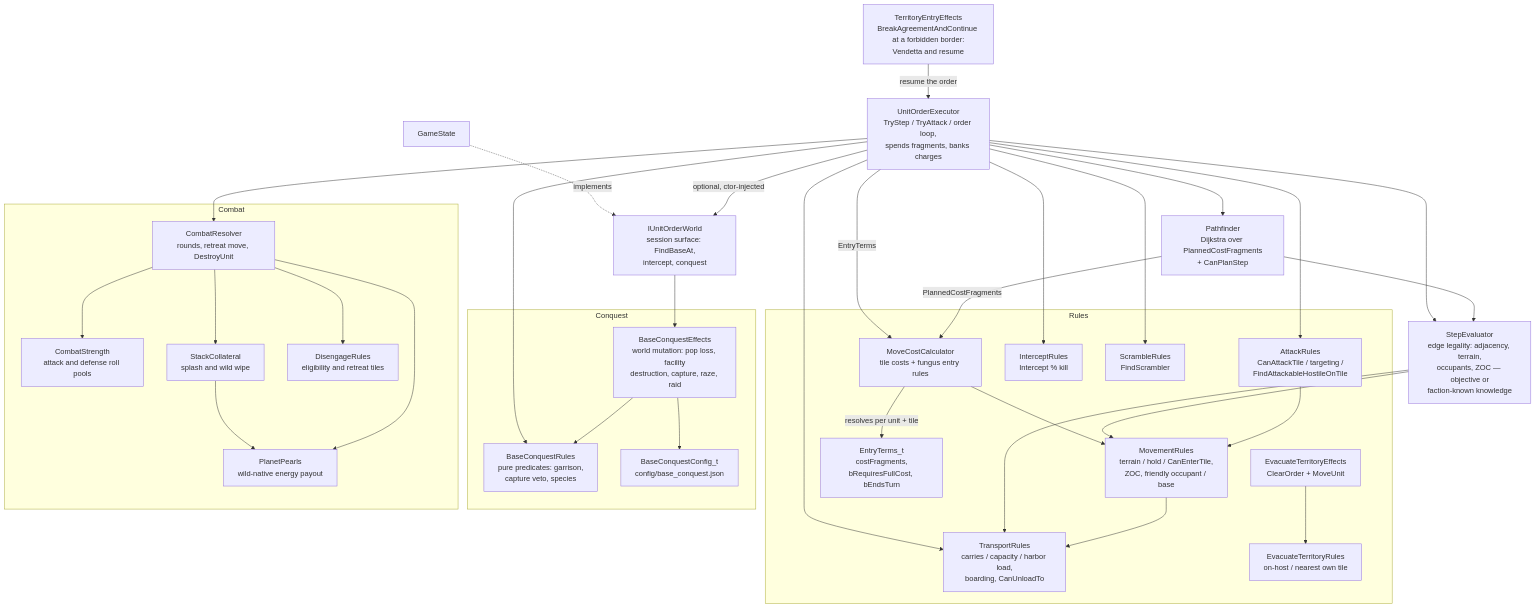
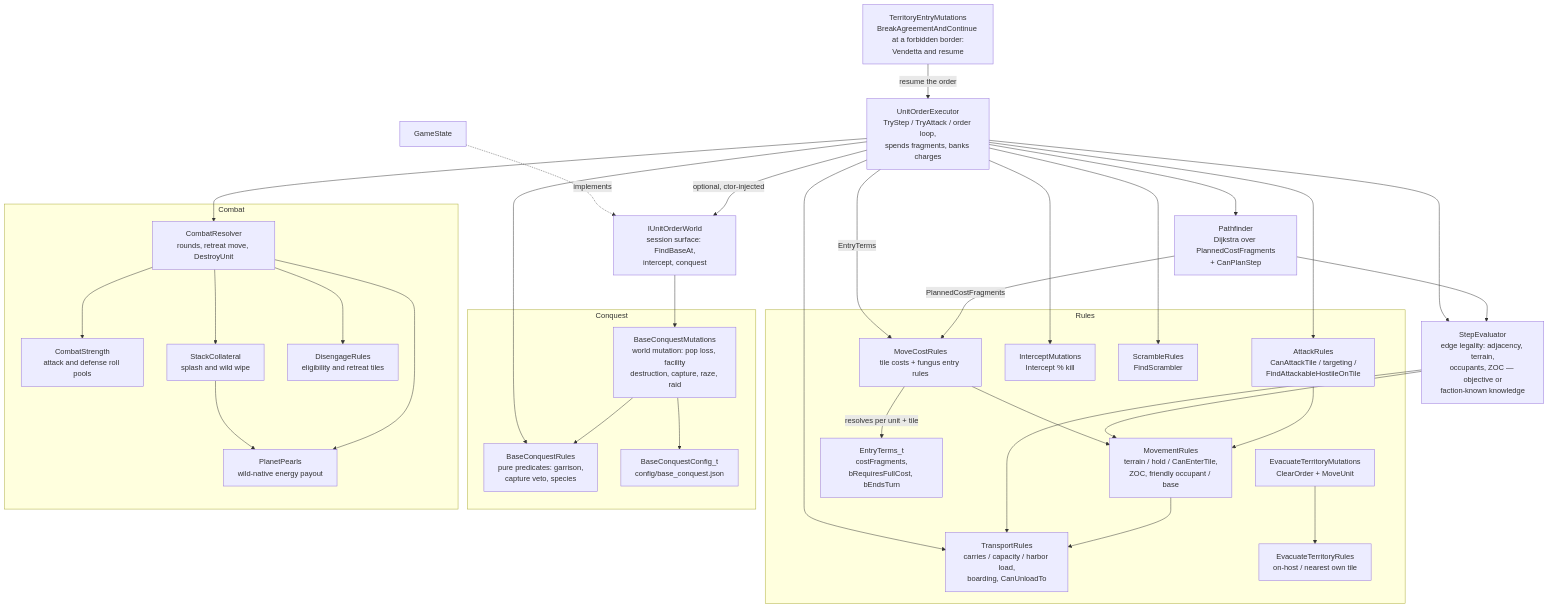
The diagram in docs/architecture/unit-movement-system.md (kilianloftis/alpha-centauri), drawn with Mermaid before and after one commit. The commit also changed other lines of this file and 123 other files, not shown here.

````diff
--- a/docs/architecture/unit-movement-system.md
+++ b/docs/architecture/unit-movement-system.md
@@ -9,65 +9,65 @@
 ```mermaid
 graph TD
     subgraph Rules
         MovementRules[MovementRules<br/>terrain / hold / CanEnterTile,<br/>ZOC, friendly occupant / base]
         TransportRules[TransportRules<br/>carries / capacity / harbor load,<br/>boarding, CanUnloadTo]
-        MoveCostCalculator[MoveCostCalculator<br/>tile costs + fungus entry rules]
+        MoveCostRules[MoveCostRules<br/>tile costs + fungus entry rules]
         EntryTerms[EntryTerms_t<br/>costFragments,<br/>bRequiresFullCost, bEndsTurn]
-        MoveCostCalculator -->|resolves per unit + tile| EntryTerms
+        MoveCostRules -->|resolves per unit + tile| EntryTerms
         MovementRules --> TransportRules
         AttackRules[AttackRules<br/>CanAttackTile / targeting /<br/>FindAttackableHostileOnTile]
-        InterceptRules[InterceptRules<br/>Intercept % kill]
+        InterceptMutations[InterceptMutations<br/>Intercept % kill]
         ScrambleRules[ScrambleRules<br/>FindScrambler]
         AttackRules --> MovementRules
         EvacuateTerritoryRules[EvacuateTerritoryRules<br/>on-host / nearest own tile]
-        EvacuateTerritoryEffects[EvacuateTerritoryEffects<br/>ClearOrder + MoveUnit]
-        EvacuateTerritoryEffects --> EvacuateTerritoryRules
+        EvacuateTerritoryMutations[EvacuateTerritoryMutations<br/>ClearOrder + MoveUnit]
+        EvacuateTerritoryMutations --> EvacuateTerritoryRules
     end
 
     subgraph Conquest
         BaseConquestRules[BaseConquestRules<br/>pure predicates: garrison,<br/>capture veto, species]
-        BaseConquestEffects[BaseConquestEffects<br/>world mutation: pop loss, facility<br/>destruction, capture, raze, raid]
+        BaseConquestMutations[BaseConquestMutations<br/>world mutation: pop loss, facility<br/>destruction, capture, raze, raid]
         BaseConquestConfig[BaseConquestConfig_t<br/>config/base_conquest.json]
-        BaseConquestEffects --> BaseConquestRules
-        BaseConquestEffects --> BaseConquestConfig
+        BaseConquestMutations --> BaseConquestRules
+        BaseConquestMutations --> BaseConquestConfig
     end
 
     subgraph Combat
         CombatStrength[CombatStrength<br/>attack and defense roll pools]
         StackCollateral[StackCollateral<br/>splash and wild wipe]
         PlanetPearls[PlanetPearls<br/>wild-native energy payout]
         DisengageRules[DisengageRules<br/>eligibility and retreat tiles]
         CombatResolver[CombatResolver<br/>rounds, retreat move, DestroyUnit]
         CombatResolver --> CombatStrength
         CombatResolver --> StackCollateral
         CombatResolver --> PlanetPearls
         StackCollateral --> PlanetPearls
         CombatResolver --> DisengageRules
     end
 
     StepEvaluator[StepEvaluator<br/>edge legality: adjacency, terrain,<br/>occupants, ZOC — objective or<br/>faction-known knowledge]
     Pathfinder[Pathfinder<br/>Dijkstra over PlannedCostFragments<br/>+ CanPlanStep]
     UnitOrderExecutor[UnitOrderExecutor<br/>TryStep / TryAttack / order loop,<br/>spends fragments, banks charges]
     UnitOrderExecutor --> AttackRules
-    UnitOrderExecutor --> InterceptRules
+    UnitOrderExecutor --> InterceptMutations
     UnitOrderExecutor --> ScrambleRules
     IUnitOrderWorld[IUnitOrderWorld<br/>session surface: FindBaseAt,<br/>intercept, conquest]
     GameState[GameState]
-    TerritoryEntryEffects[TerritoryEntryEffects<br/>BreakAgreementAndContinue at a forbidden border:<br/>Vendetta and resume]
-    TerritoryEntryEffects -->|resume the order| UnitOrderExecutor
+    TerritoryEntryMutations[TerritoryEntryMutations<br/>BreakAgreementAndContinue at a forbidden border:<br/>Vendetta and resume]
+    TerritoryEntryMutations -->|resume the order| UnitOrderExecutor
 
     StepEvaluator --> MovementRules
     StepEvaluator --> TransportRules
-    MoveCostCalculator --> MovementRules
+    MoveCostRules --> MovementRules
     Pathfinder --> StepEvaluator
-    Pathfinder -->|PlannedCostFragments| MoveCostCalculator
-    UnitOrderExecutor -->|EntryTerms| MoveCostCalculator
+    Pathfinder -->|PlannedCostFragments| MoveCostRules
+    UnitOrderExecutor -->|EntryTerms| MoveCostRules
     UnitOrderExecutor --> StepEvaluator
     UnitOrderExecutor --> Pathfinder
     UnitOrderExecutor --> TransportRules
     UnitOrderExecutor --> BaseConquestRules
     UnitOrderExecutor --> CombatResolver
     UnitOrderExecutor -->|optional, ctor-injected| IUnitOrderWorld
     GameState -.->|implements| IUnitOrderWorld
-    IUnitOrderWorld --> BaseConquestEffects
+    IUnitOrderWorld --> BaseConquestMutations
 ```
````
